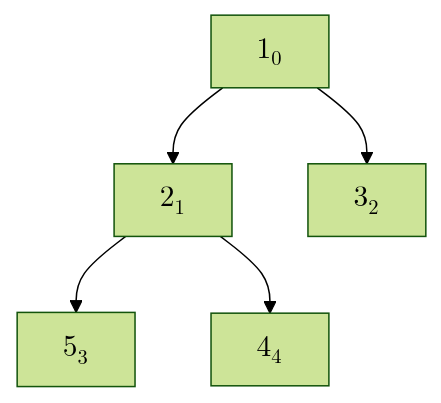
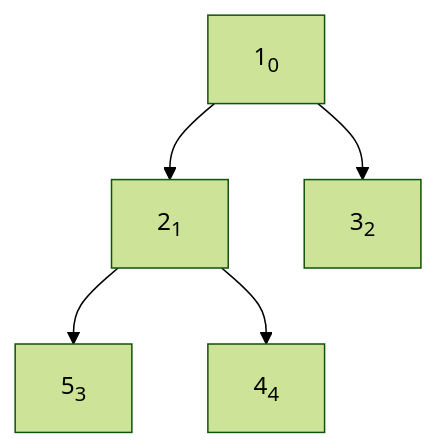
One commit to cafewang/cafewang.github.io changed the ninth of 15 diagrams in _posts/2024-12-17-sort-four.md. Above: the diagram before and after it, drawn with Mermaid (forest theme). The commit also changed other lines of this file, not shown here.

Commit message:
fix mermaid done

````diff
--- a/_posts/2024-12-17-sort-four.md
+++ b/_posts/2024-12-17-sort-four.md
@@ -175,11 +176,11 @@
 ```mermaid
 graph TD 
-A["$$1_0$$"]
-B["$$2_1$$"]
-C["$$3_2$$"]
-D["$$5_3$$"]
-E["$$4_4$$"]
+A["1<sub>0</sub>"]
+B["2<sub>1</sub>"]
+C["3<sub>2</sub>"]
+D["5<sub>3</sub>"]
+E["4<sub>4</sub>"]
 
 A --> B & C
 B --> D & E
 ```
````
